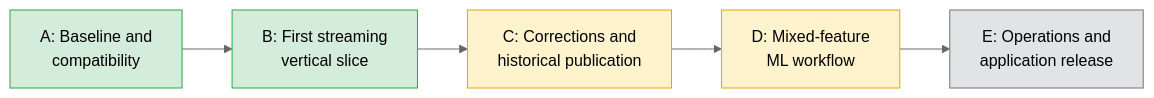
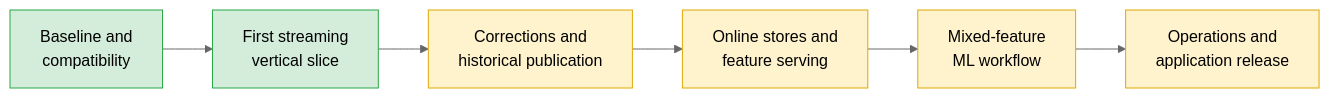
One commit to oster-dev/featureforge changed the third of 4 diagrams in docs/PLATFORM_BLUEPRINT.md. Above: the diagram before and after it, drawn with Mermaid (neutral theme). The commit also changed other lines of this file and 20 other files, not shown here.

````diff
--- a/docs/PLATFORM_BLUEPRINT.md
+++ b/docs/PLATFORM_BLUEPRINT.md
@@ -279,11 +330,12 @@
 ```mermaid
 flowchart LR
-    A[A: Baseline and<br/>compatibility]:::done --> B[B: First streaming<br/>vertical slice]:::done
-    B --> C[C: Corrections and<br/>historical publication]:::wip
-    C --> D[D: Mixed-feature<br/>ML workflow]:::wip
-    D --> E[E: Operations and<br/>application release]:::plan
+    A["Baseline and<br/>compatibility"]:::done --> B["First streaming<br/>vertical slice"]:::done
+    B --> C["Corrections and<br/>historical publication"]:::wip
+    C --> D["Online stores and<br/>feature serving"]:::wip
+    D --> E["Mixed-feature<br/>ML workflow"]:::wip
+    E --> F["Operations and<br/>application release"]:::wip
 
     classDef done fill:#d4edda,stroke:#28a745,color:#000
     classDef wip fill:#fff3cd,stroke:#e0a800,color:#000
     classDef plan fill:#e2e3e5,stroke:#6c757d,color:#000
 ```
````
